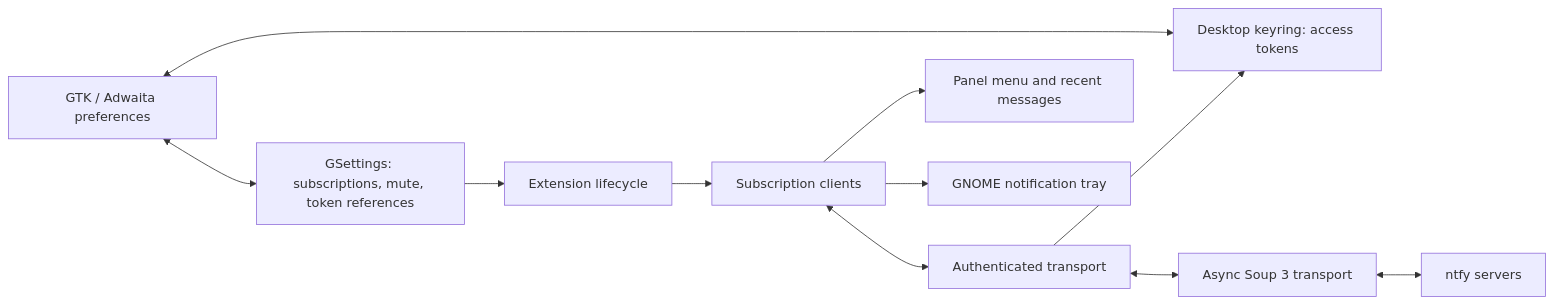
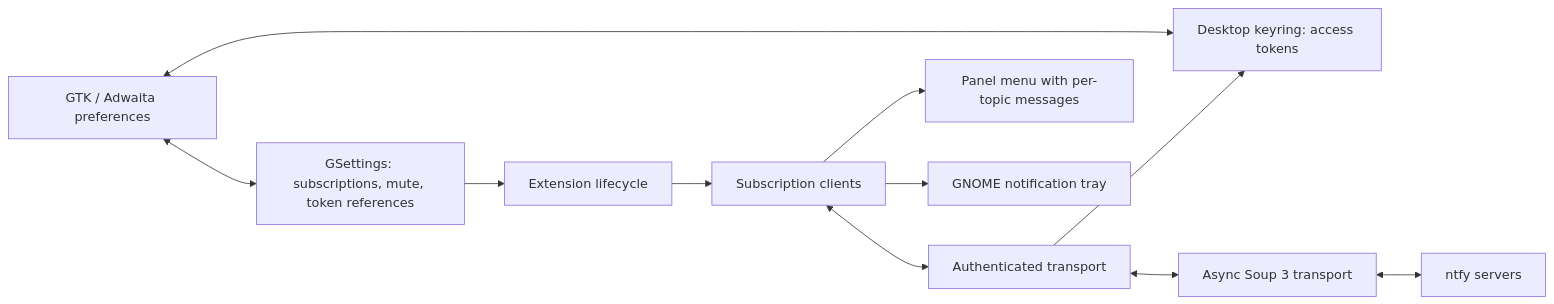
One commit to shukiv/ntfy.gnome changed the diagram in docs/BLUEPRINT.md. Above: the diagram before and after it, drawn with Mermaid. The commit also changed other lines of this file and 23 other files, not shown here.

````diff
--- a/docs/BLUEPRINT.md
+++ b/docs/BLUEPRINT.md
@@ -50,13 +50,13 @@
 ```mermaid
 flowchart LR
     P[GTK / Adwaita preferences] <--> S[GSettings: subscriptions, mute, token references]
     P <--> K[Desktop keyring: access tokens]
     S --> E[Extension lifecycle]
     E --> C[Subscription clients]
     C <--> A[Authenticated transport]
     A --> K
     A <--> T[Async Soup 3 transport]
     T <--> N[ntfy servers]
-    C --> M[Panel menu and recent messages]
+    C --> M[Panel menu with per-topic messages]
     C --> G[GNOME notification tray]
 ```
````
